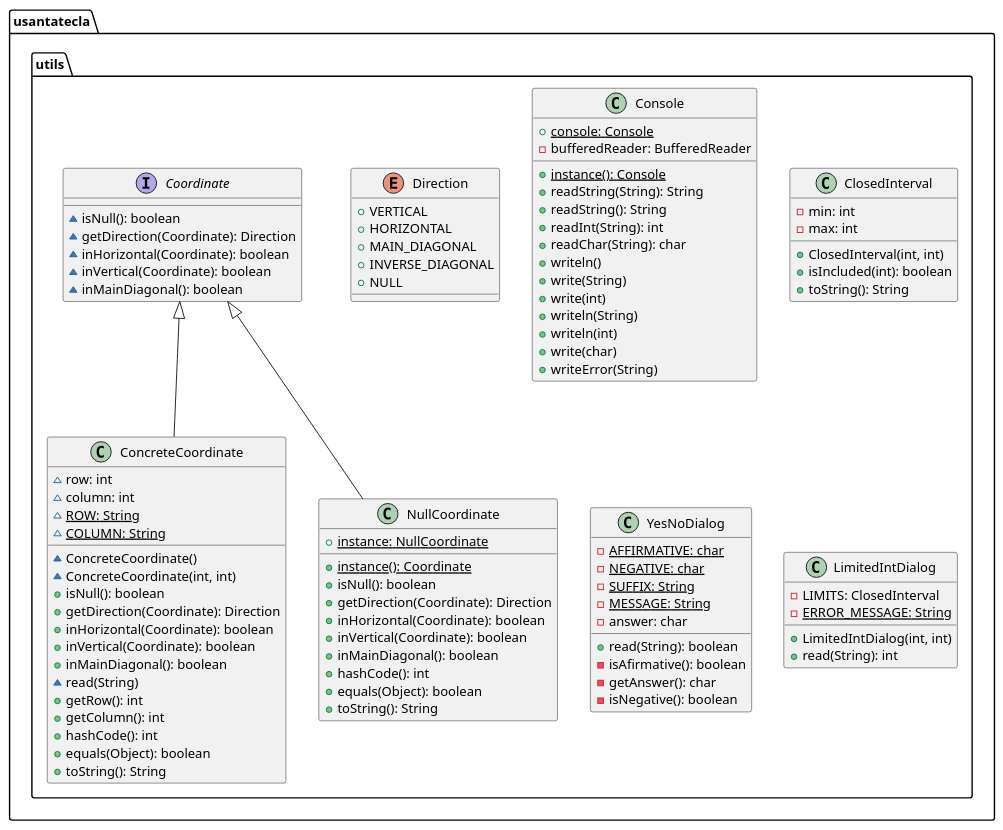
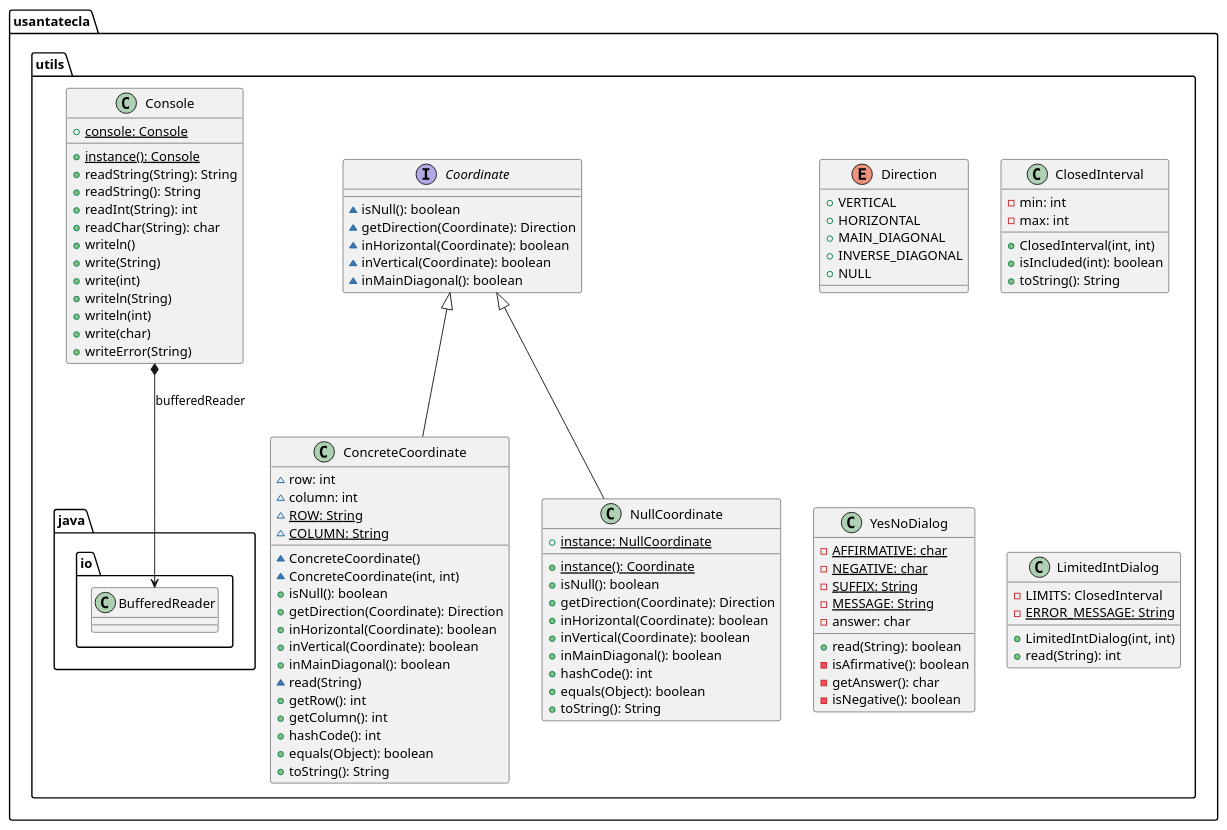
One commit to Jolucaa/USantaTecla-project-ticTacToe changed the second of 2 diagrams in domainModel/docs/diagrams/src/paquetes.plantuml. Above: the diagram before and after it, drawn with PlantUML. The commit also changed other lines of this file and 2 other files, not shown here.

Commit message:
DomainModel diagrams finished

```diff
--- a/domainModel/docs/diagrams/src/paquetes.plantuml
+++ b/domainModel/docs/diagrams/src/paquetes.plantuml
@@ -192,100 +192,99 @@
 @startuml utils
 namespace usantatecla.utils {
 
 interface Coordinate {
 	~ isNull(): boolean 
 	~ getDirection(Coordinate): Direction 
 	~ inHorizontal(Coordinate): boolean 
 	~ inVertical(Coordinate): boolean 
 	~ inMainDiagonal(): boolean 
 }
 
 class ConcreteCoordinate {
 	~ row: int 
 	~ column: int 
 	~ ROW: {static} String
 	~ COLUMN: {static} String
 	~ ConcreteCoordinate()
 	~ ConcreteCoordinate(int, int)
 	+ isNull(): boolean 
 	+ getDirection(Coordinate): Direction 
 	+ inHorizontal(Coordinate): boolean 
 	+ inVertical(Coordinate): boolean 
 	+ inMainDiagonal(): boolean 
 	~ read(String)
 	+ getRow(): int 
 	+ getColumn(): int
 	+ hashCode(): int
 	+ equals(Object): boolean 
 	+ toString(): String 
 }
 class NullCoordinate {
 	+ instance: {static} NullCoordinate 
 	+ {static} instance(): Coordinate 
 	+ isNull(): boolean 
 	+ getDirection(Coordinate): Direction 
 	+ inHorizontal(Coordinate): boolean 
 	+ inVertical(Coordinate): boolean
 	+ inMainDiagonal(): boolean
 	+ hashCode(): int 
 	+ equals(Object): boolean 
 	+ toString(): String 
 }
 
 enum Direction {
 	+ VERTICAL
 	+ HORIZONTAL
 	+ MAIN_DIAGONAL
 	+ INVERSE_DIAGONAL
 	+ NULL
 }
 
 class Console {
 	+ console: {static} Console 
-	- bufferedReader: BufferedReader 
 	+ instance(): {static} Console 
 	+ readString(String): String 
 	+ readString(): String 
 	+ readInt(String): int 
 	+ readChar(String): char 
 	+ writeln()
 	+ write(String)
 	+ write(int)
 	+ writeln(String)
 	+ writeln(int)
 	+ write(char)
 	+ writeError(String)
 }
 
 class ClosedInterval {
 	- min: int 
 	- max: int 
 	+ ClosedInterval(int, int)
 	+ isIncluded(int): boolean 
 	+ toString(): String 
 }
 
 class YesNoDialog {
 	- AFFIRMATIVE: {static} char 
 	- NEGATIVE: {static} char 
 	- SUFFIX: {static} String 
 	- MESSAGE: {static} String
 	- answer: char 
 	+ read(String): boolean 
 	- isAfirmative(): boolean 
 	- getAnswer(): char 
 	- isNegative(): boolean 
 }
 
 class LimitedIntDialog {
 	- LIMITS: ClosedInterval 
 	- ERROR_MESSAGE: {static} String 
 	+ LimitedIntDialog(int, int)
 	+ read(String): int 
 }
 
 Coordinate <|-down- ConcreteCoordinate
 Coordinate <|-down- NullCoordinate
-
+Console *-down-> java.io.BufferedReader : bufferedReader
 }
 @enduml
```
